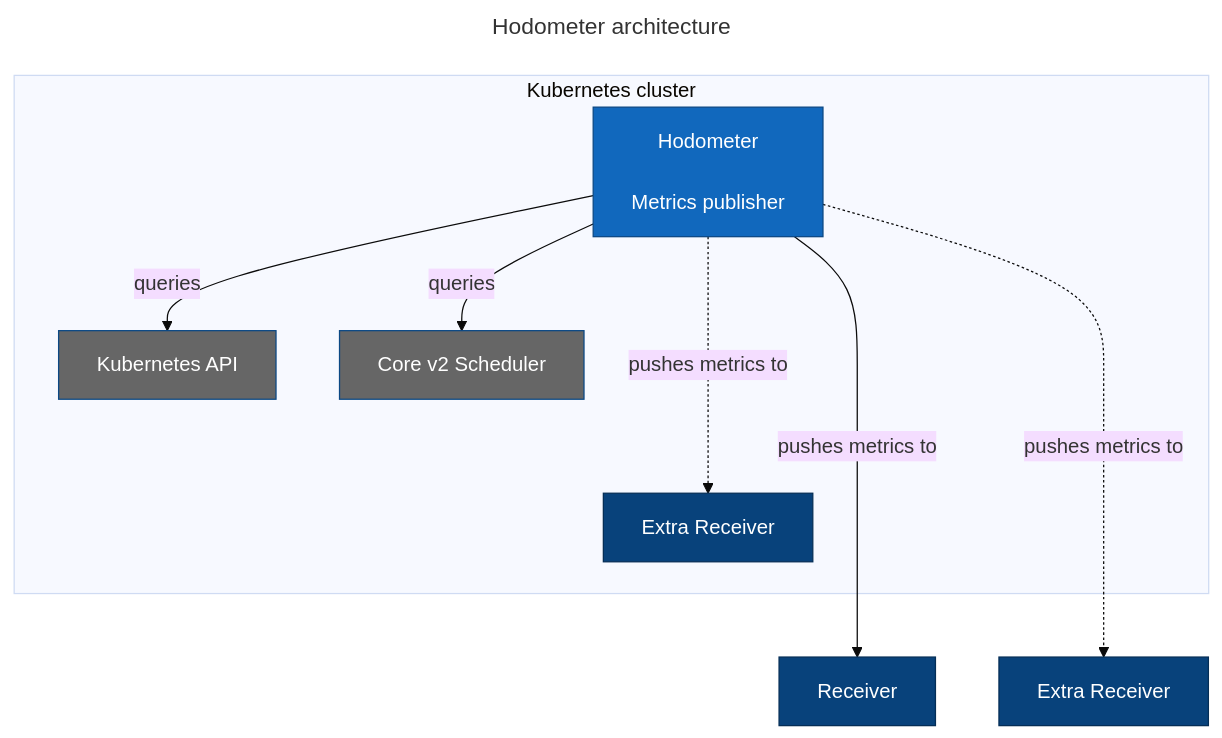
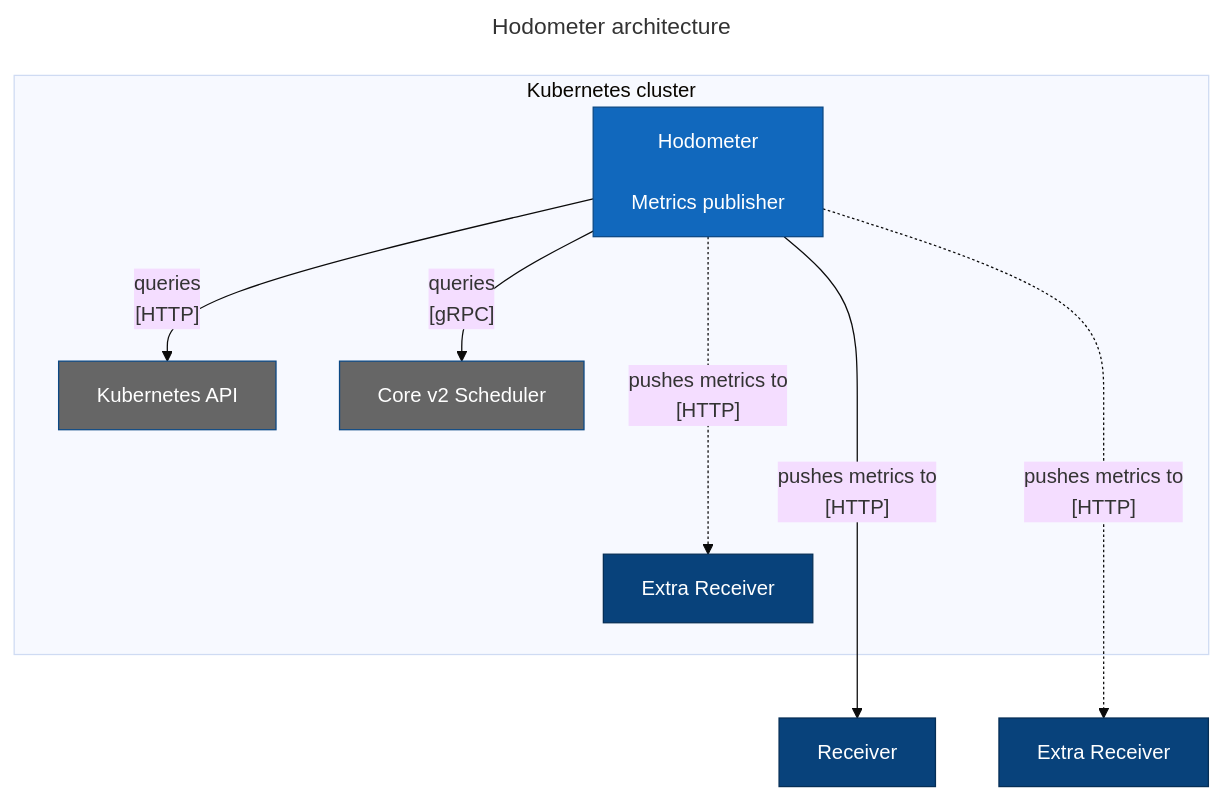
Before and after one commit to agrski/agrski.github.io: the diagram in docs/_drafts/scv2-hodometer-hodometer-container.mmd, drawn with Mermaid (base theme).

Commit message:
Add network protocols to edges in Hodometer container diagram

```diff
--- a/docs/_drafts/scv2-hodometer-hodometer-container.mmd
+++ b/docs/_drafts/scv2-hodometer-hodometer-container.mmd
@@ -1,30 +1,30 @@
 ---
 title: Hodometer architecture
 ---
 
 flowchart TD
   H["Hodometer\n\nMetrics publisher"]
   K["Kubernetes API"]
   S["Core v2 Scheduler"]
   R1["Receiver"]
   R2["Extra Receiver"]
   R3["Extra Receiver"]
 
   subgraph Kubernetes cluster
-    H --> |queries| S
-    H --> |queries| K
-    H -..-> |pushes metrics to| R2
+    H --> |"queries\n[gRPC]"| S
+    H --> |"queries\n[HTTP]"| K
+    H -..-> |"pushes metrics to\n[HTTP]"| R2
   end
-  H ----> |pushes metrics to| R1
-  H -...-> |pushes metrics to| R3
+  H ----> |"pushes metrics to\n[HTTP]"| R1
+  H -...-> |"pushes metrics to\n[HTTP]"| R3
 
   classDef focusSystem      fill:#1168bd,stroke:#0b4884,color:#ffffff
   classDef supportingSystem fill:#666,stroke:#0b4884,color:#ffffff
   classDef consumingSystem  fill:#08427b,stroke:#052e56,color:#ffffff
 
   class H focusSystem
   class S supportingSystem
   class K supportingSystem
   class R1 consumingSystem
   class R2 consumingSystem
   class R3 consumingSystem
```
